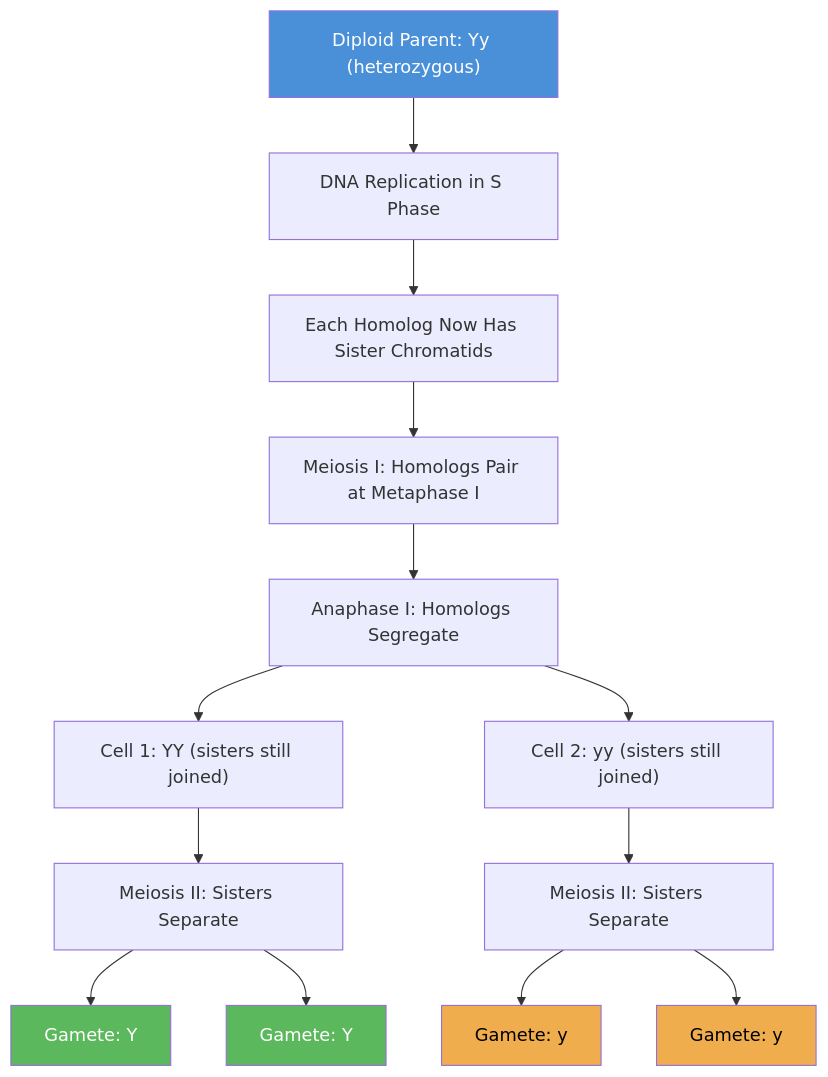
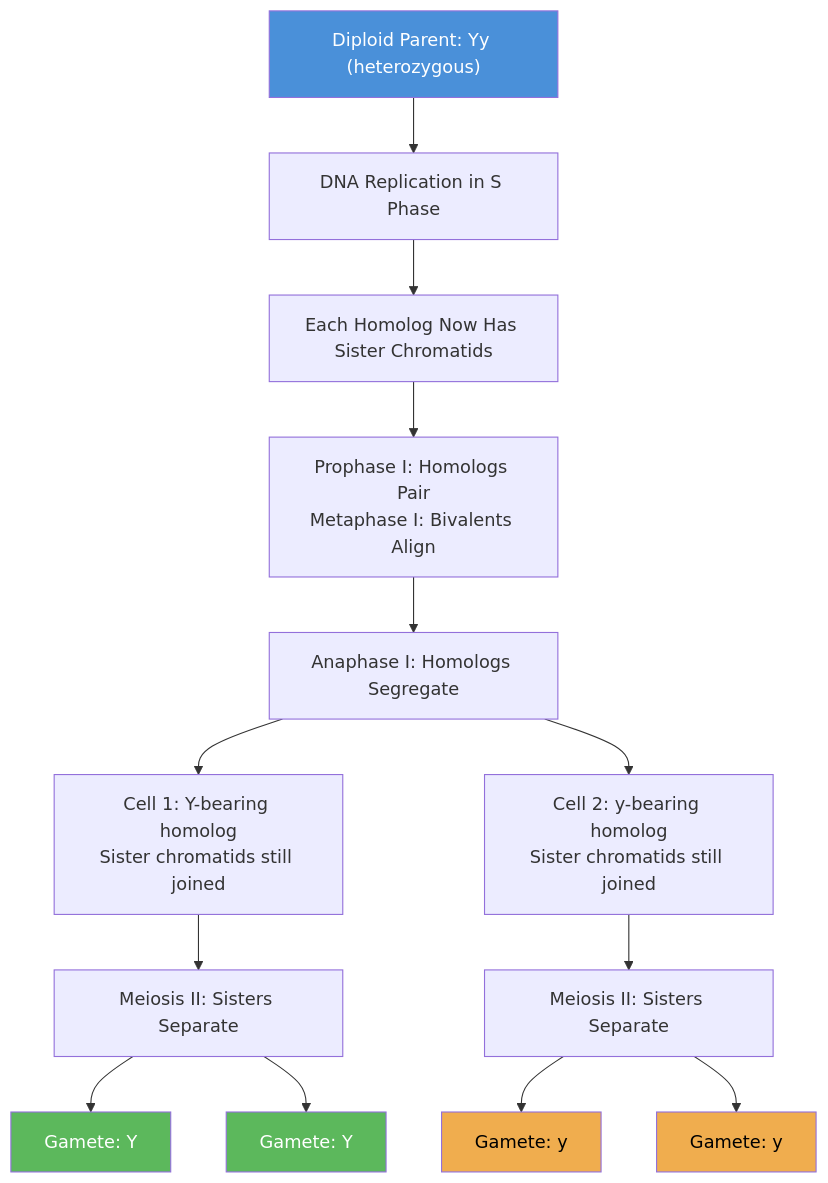
Before and after one commit to docxology/biology_textbook: the diagram in docs/manuscript/unit_V/mendelian_principles.md, drawn with Mermaid. The commit also changed other lines of this file and 21 other files, not shown here.

````diff
--- a/docs/manuscript/unit_V/mendelian_principles.md
+++ b/docs/manuscript/unit_V/mendelian_principles.md
@@ -93,21 +93,21 @@
 ```mermaid
 flowchart TD
     A["Diploid Parent: Yy (heterozygous)"] --> B["DNA Replication in S Phase"]
     B --> C["Each Homolog Now Has Sister Chromatids"]
-    C --> D["Meiosis I: Homologs Pair at Metaphase I"]
+    C --> D["Prophase I: Homologs Pair<br/>Metaphase I: Bivalents Align"]
     D --> E["Anaphase I: Homologs Segregate"]
-    E --> F["Cell 1: YY (sisters still joined)"]
-    E --> G["Cell 2: yy (sisters still joined)"]
+    E --> F["Cell 1: Y-bearing homolog<br/>Sister chromatids still joined"]
+    E --> G["Cell 2: y-bearing homolog<br/>Sister chromatids still joined"]
     F --> H["Meiosis II: Sisters Separate"]
     G --> I["Meiosis II: Sisters Separate"]
     H --> J["Gamete: Y"]
     H --> K["Gamete: Y"]
     I --> L["Gamete: y"]
     I --> M["Gamete: y"]
 
     style A fill:#4a90d9,color:#fff
     style J fill:#5cb85c,color:#fff
     style K fill:#5cb85c,color:#fff
     style L fill:#f0ad4e,color:#000
     style M fill:#f0ad4e,color:#000
 ```
````
